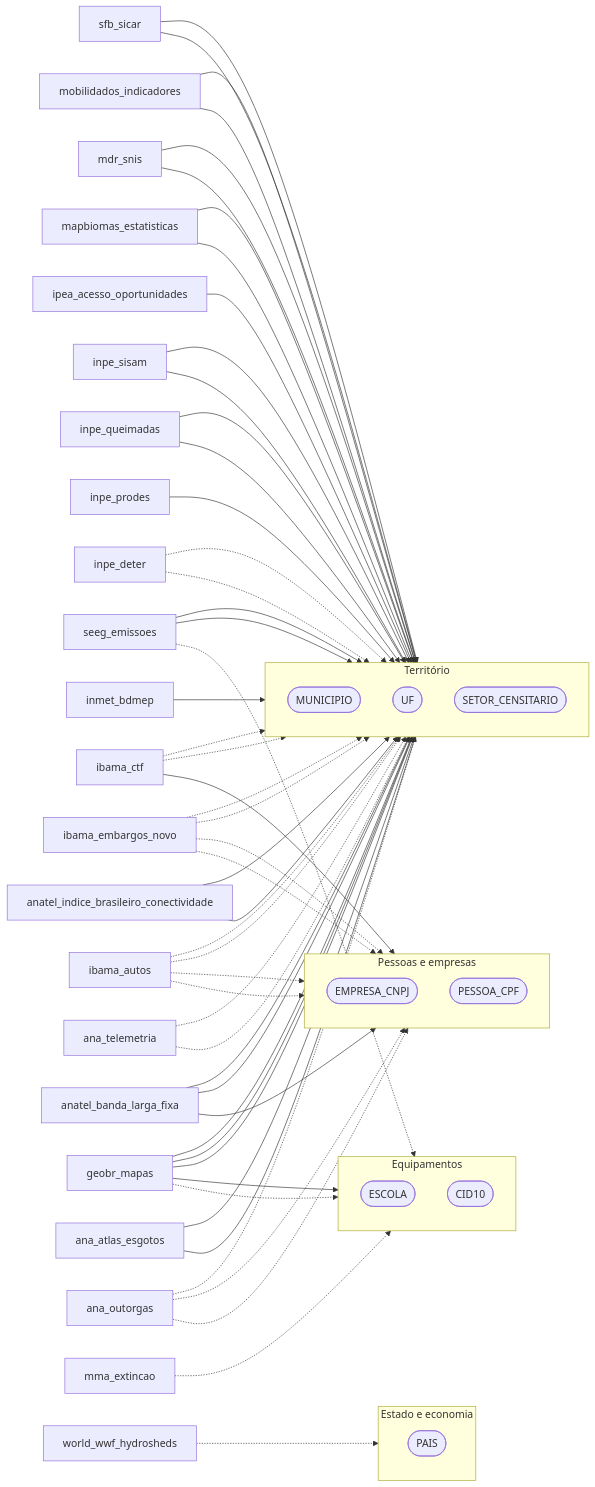
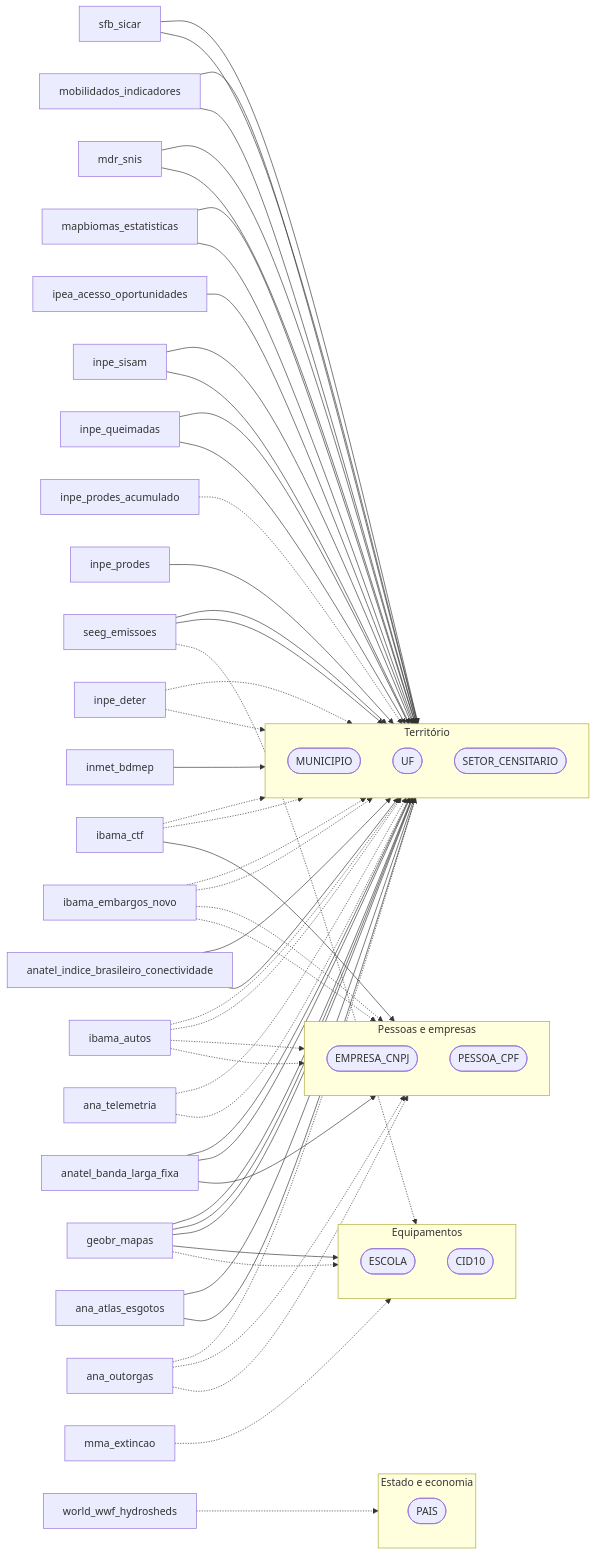
The ninth of 12 diagrams in docs/mapa/Flow.md (rafapolo/rodado), drawn with Mermaid before and after one commit. The commit also changed other lines of this file and 24 other files, not shown here.

```diff
--- a/docs/mapa/Flow.md
+++ b/docs/mapa/Flow.md
@@ -834,6 +845,7 @@
     territorio_br_inmet_bdmep["inmet_bdmep"]
     territorio_br_inpe_deter["inpe_deter"]
     territorio_br_inpe_prodes["inpe_prodes"]
+    territorio_br_inpe_prodes_acumulado["inpe_prodes_acumulado"]
     territorio_br_inpe_queimadas["inpe_queimadas"]
     territorio_br_inpe_sisam["inpe_sisam"]
     territorio_br_ipea_acesso_oportunidades["ipea_acesso_oportunidades"]
@@ -896,6 +908,7 @@
     territorio_br_inpe_deter -.-> territorio_MUNICIPIO
     territorio_br_inpe_deter -.-> territorio_UF
     territorio_br_inpe_prodes --> territorio_MUNICIPIO
+    territorio_br_inpe_prodes_acumulado -.-> territorio_UF
     territorio_br_inpe_queimadas --> territorio_MUNICIPIO
     territorio_br_inpe_queimadas --> territorio_UF
     territorio_br_inpe_sisam --> territorio_MUNICIPIO
```
